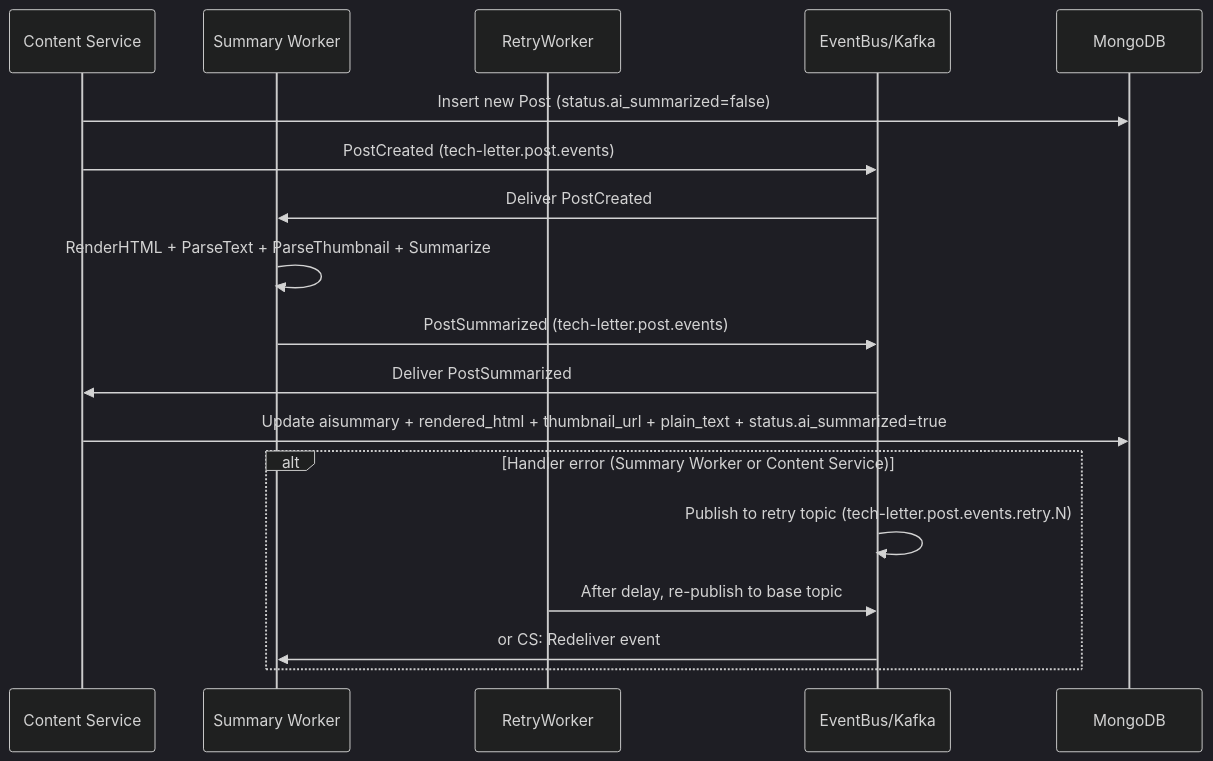
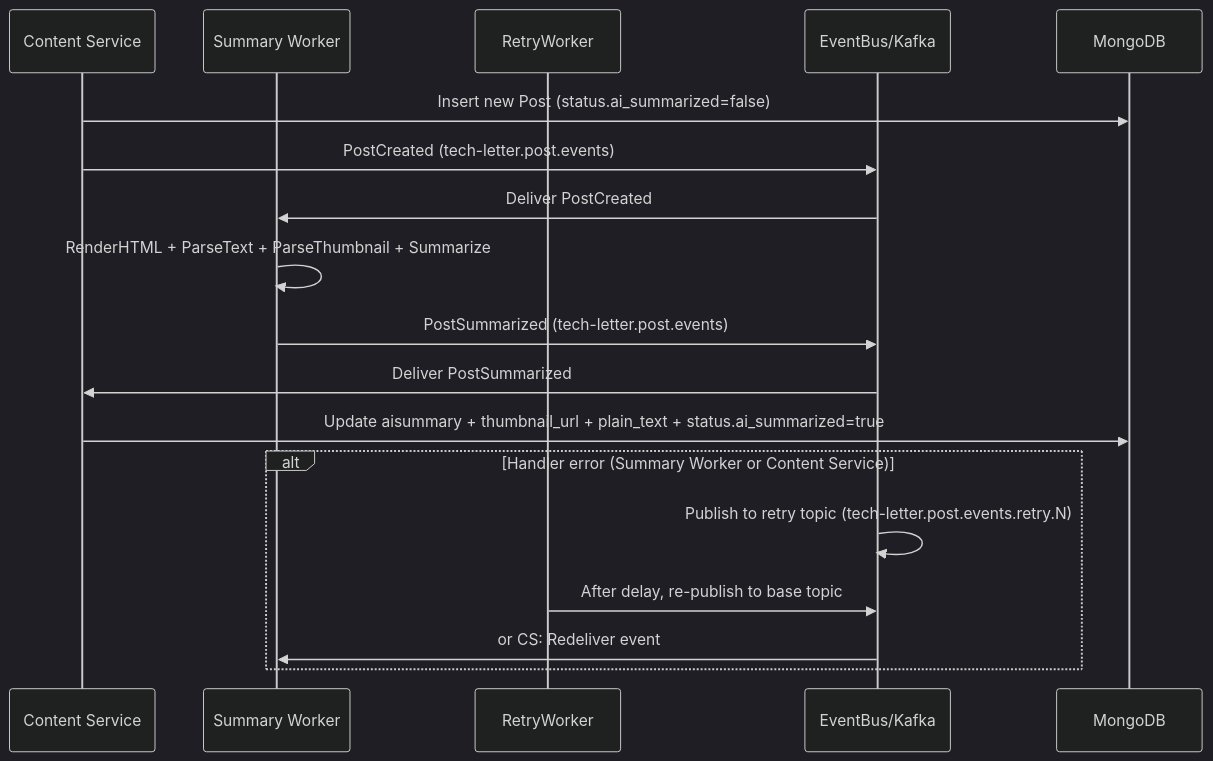
Before and after one commit to TechLetter/tech-letter: the second of 2 diagrams in README.md, drawn with Mermaid (dark theme). The commit also changed other lines of this file and 11 other files, not shown here.

Commit message:
refactor: drop column rendered_html

````diff
--- a/README.md
+++ b/README.md
@@ -126,22 +126,22 @@
 ```mermaid
 sequenceDiagram
     participant CS as Content Service
     participant SW as Summary Worker
     participant RW as RetryWorker
     participant EB as EventBus/Kafka
     participant DB as MongoDB
 
     CS->>DB: Insert new Post (status.ai_summarized=false)
     CS->>EB: PostCreated (tech-letter.post.events)
     EB->>SW: Deliver PostCreated
     SW->>SW: RenderHTML + ParseText + ParseThumbnail + Summarize
     SW->>EB: PostSummarized (tech-letter.post.events)
     EB->>CS: Deliver PostSummarized
-    CS->>DB: Update aisummary + rendered_html + thumbnail_url + plain_text + status.ai_summarized=true
+    CS->>DB: Update aisummary + thumbnail_url + plain_text + status.ai_summarized=true
 
     alt Handler error (Summary Worker or Content Service)
         EB->>EB: Publish to retry topic (tech-letter.post.events.retry.N)
         RW->>EB: After delay, re-publish to base topic
         EB->>SW: or CS: Redeliver event
     end
 ```
````
